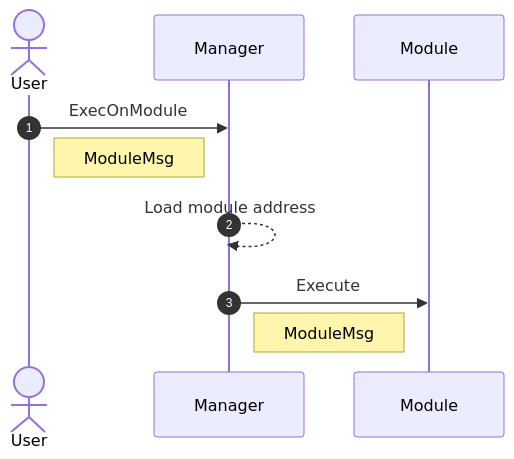
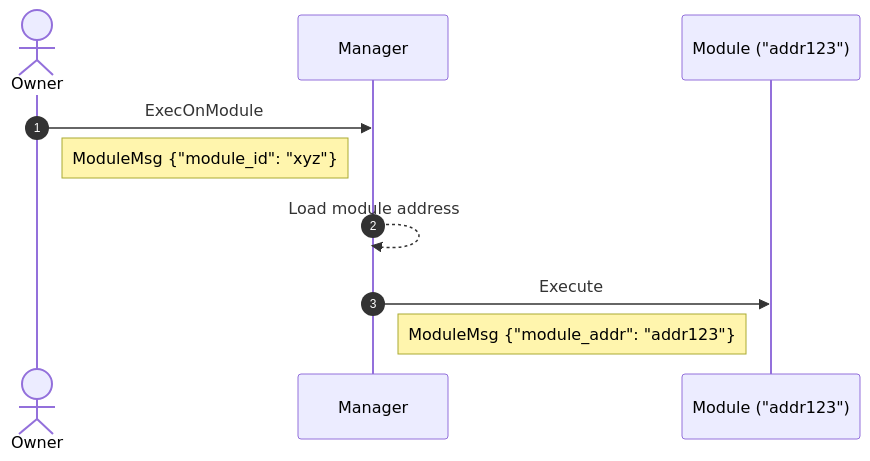
The fourth of 6 diagrams in framework/docs/src/3_framework/6_module_types.md (AbstractSDK/abstract), drawn with Mermaid before and after one commit. The commit also changed other lines of this file and 8 other files, not shown here.

Commit message:
Fix user vs owners and diagrams

````diff
--- a/framework/docs/src/3_framework/6_module_types.md
+++ b/framework/docs/src/3_framework/6_module_types.md
@@ -192,12 +192,12 @@
 ```mermaid
 sequenceDiagram
     autonumber
-    actor U as User
+    actor U as Owner
     participant M as Manager
-    participant Md as Module
+    participant Md as Module ("addr123")
     U ->> M: ExecOnModule
-    Note right of U: ModuleMsg
+    Note right of U: ModuleMsg {"module_id": "xyz"}
     M -->> M: Load module address
     M ->> Md: Execute
-    Note right of M: ModuleMsg
+    Note right of M: ModuleMsg {"module_addr": "addr123"}
 ```
````
